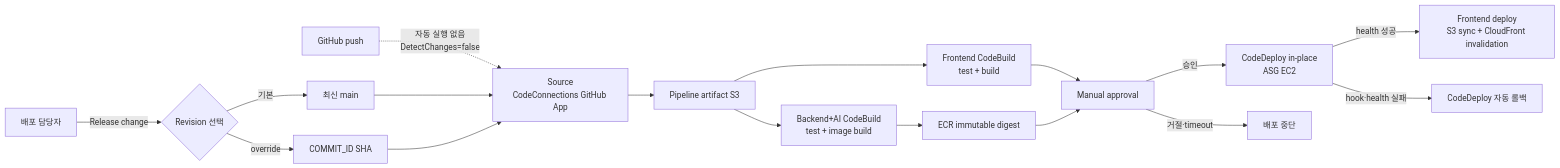
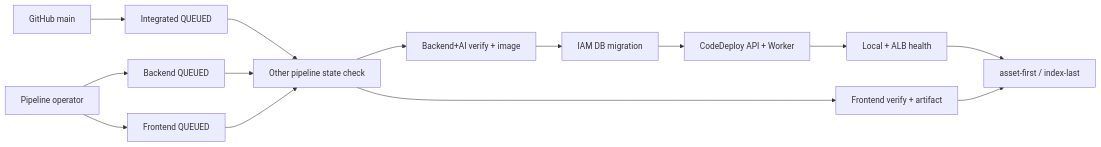
Before and after one commit to SKNETWORKS-FAMILY-AICAMP/SKN30-FINAL-3Team: the diagram in docs/architecture/infra/deployment-and-operations.md, drawn with Mermaid. The commit also changed other lines of this file and 77 other files, not shown here.

````diff
--- a/docs/architecture/infra/deployment-and-operations.md
+++ b/docs/architecture/infra/deployment-and-operations.md
@@ -29,20 +25,18 @@
 ```mermaid
 flowchart LR
-    push["GitHub push"] -. "자동 실행 없음\nDetectChanges=false" .-> source
-    operator["배포 담당자"] -->|"Release change"| choice{"Revision 선택"}
-    choice -->|"기본"| latest["최신 main"]
-    choice -->|"override"| sha["COMMIT_ID SHA"]
-    latest --> source["Source\nCodeConnections GitHub App"]
-    sha --> source
-    source --> artifact["Pipeline artifact S3"]
+    main["GitHub main"] --> integrated["Integrated QUEUED"]
+    operator["Pipeline operator"] --> backend["Backend QUEUED"]
+    operator --> frontend["Frontend QUEUED"]
 
-    artifact --> feBuild["Frontend CodeBuild\ntest + build"]
-    artifact --> beBuild["Backend+AI CodeBuild\ntest + image build"]
-    beBuild --> ecr["ECR immutable digest"]
-    feBuild --> approval["Manual approval"]
-    ecr --> approval
-    approval -->|"승인"| beDeploy["CodeDeploy in-place\nASG EC2"]
-    approval -->|"거절·timeout"| blocked["배포 중단"]
-    beDeploy -->|"health 성공"| feDeploy["Frontend deploy\nS3 sync + CloudFront invalidation"]
-    beDeploy -->|"hook·health 실패"| rollback["CodeDeploy 자동 롤백"]
+    integrated --> admission["Other pipeline state check"]
+    backend --> admission
+    frontend --> admission
+
+    admission --> bebuild["Backend+AI verify + image"]
+    admission --> febuild["Frontend verify + artifact"]
+    bebuild --> migrate["IAM DB migration"]
+    migrate --> deploy["CodeDeploy API + Worker"]
+    deploy --> health["Local + ALB health"]
+    health --> static["asset-first / index-last"]
+    febuild --> static
 ```
````
